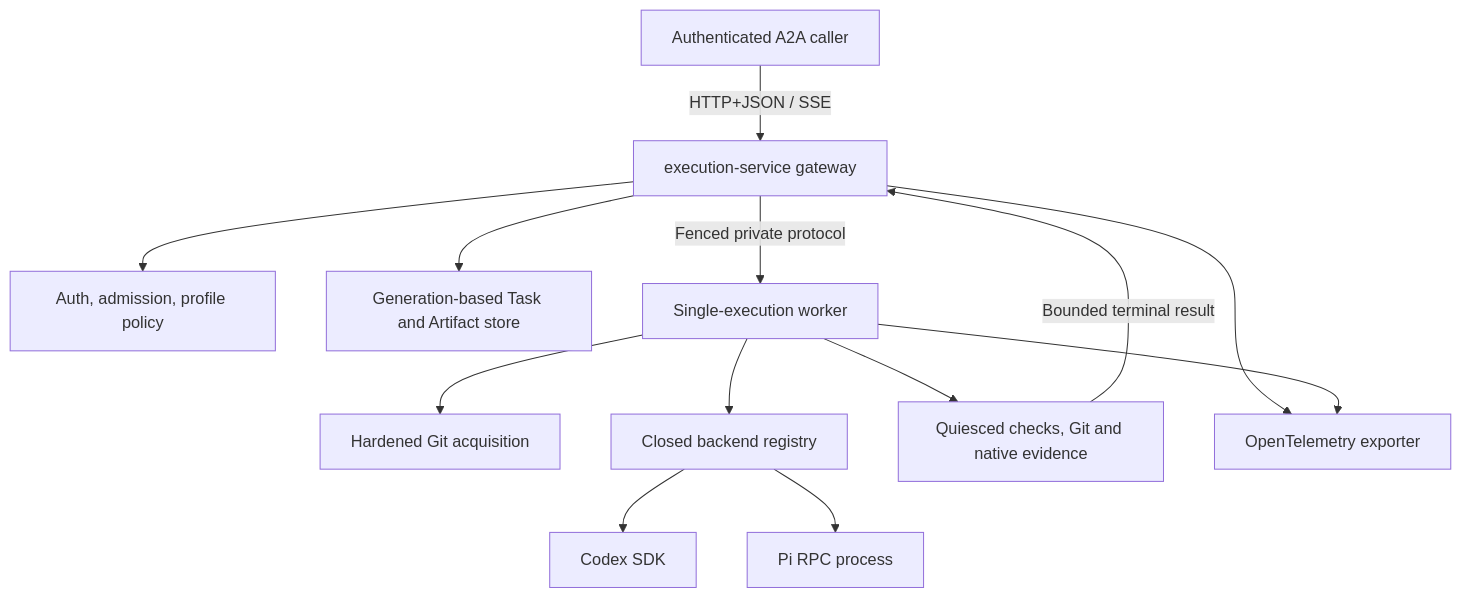
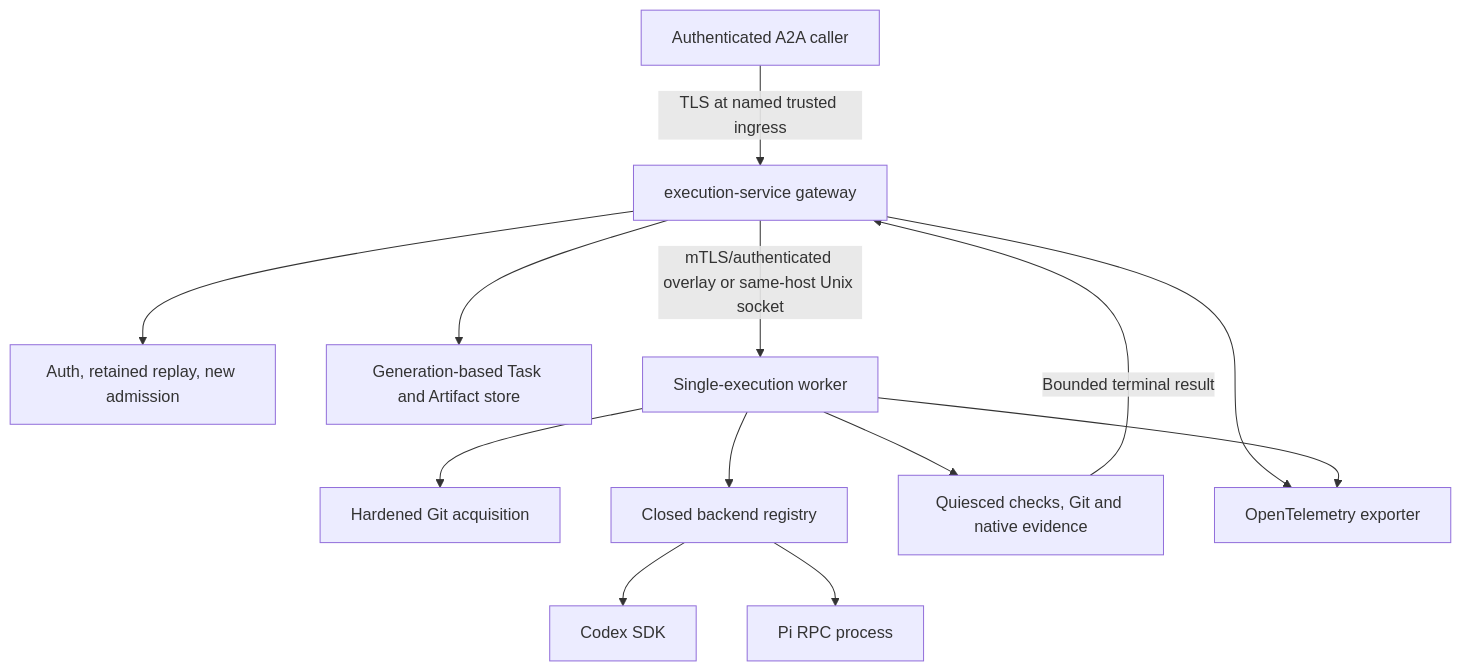
One commit to EntityProcess/allagents changed the first of 4 diagrams in docs/plans/2026-09-18-0837-feat-coding-execution-gateway-plan.md. Above: the diagram before and after it, drawn with Mermaid. The commit also changed other lines of this file and 2 other files, not shown here.

Commit message:
docs(architecture): harden execution gateway contract

````diff
--- a/docs/plans/2026-09-18-0837-feat-coding-execution-gateway-plan.md
+++ b/docs/plans/2026-09-18-0837-feat-coding-execution-gateway-plan.md
@@ -218,15 +222,15 @@
 ```mermaid
 flowchart TB
-  Caller[Authenticated A2A caller] -->|HTTP+JSON / SSE| Gateway[execution-service gateway]
-  Gateway --> Auth[Auth, admission, profile policy]
+  Caller[Authenticated A2A caller] -->|TLS at named trusted ingress| Gateway[execution-service gateway]
+  Gateway --> Auth[Auth, retained replay, new admission]
   Gateway --> Store[Generation-based Task and Artifact store]
-  Gateway -->|Fenced private protocol| Worker[Single-execution worker]
+  Gateway -->|mTLS/authenticated overlay or same-host Unix socket| Worker[Single-execution worker]
   Worker --> Source[Hardened Git acquisition]
   Worker --> Registry[Closed backend registry]
   Registry --> Codex[Codex SDK]
   Registry --> Pi[Pi RPC process]
   Worker --> Evidence[Quiesced checks, Git and native evidence]
   Evidence -->|Bounded terminal result| Gateway
   Gateway --> Telemetry[OpenTelemetry exporter]
   Worker --> Telemetry
 ```
````
